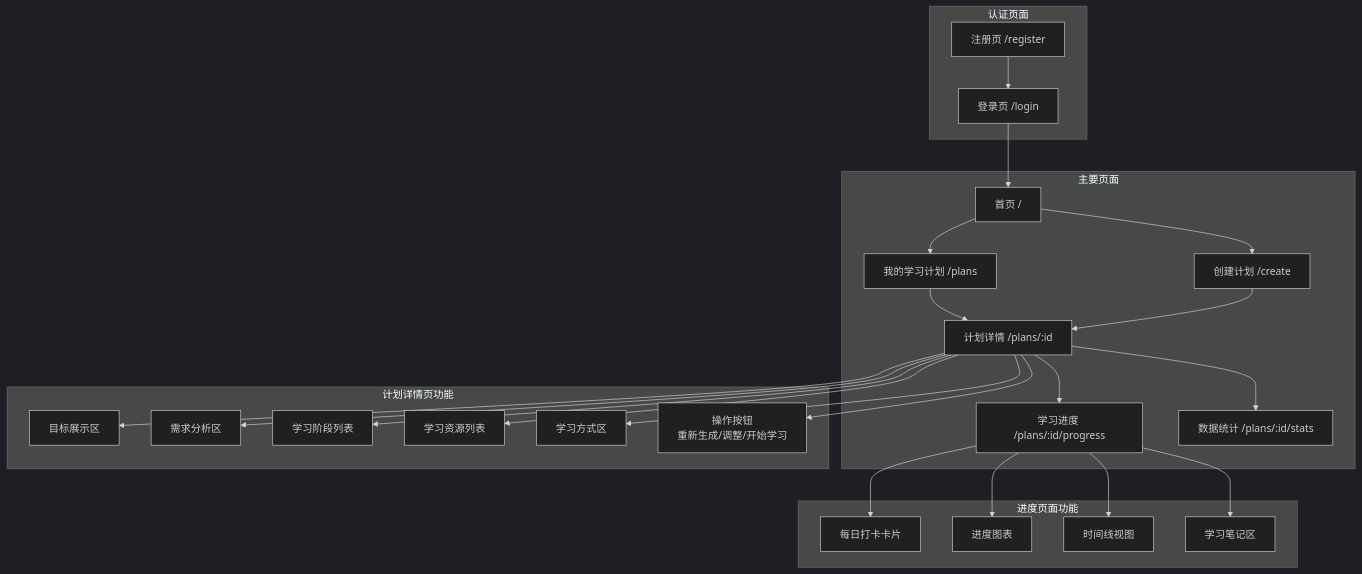
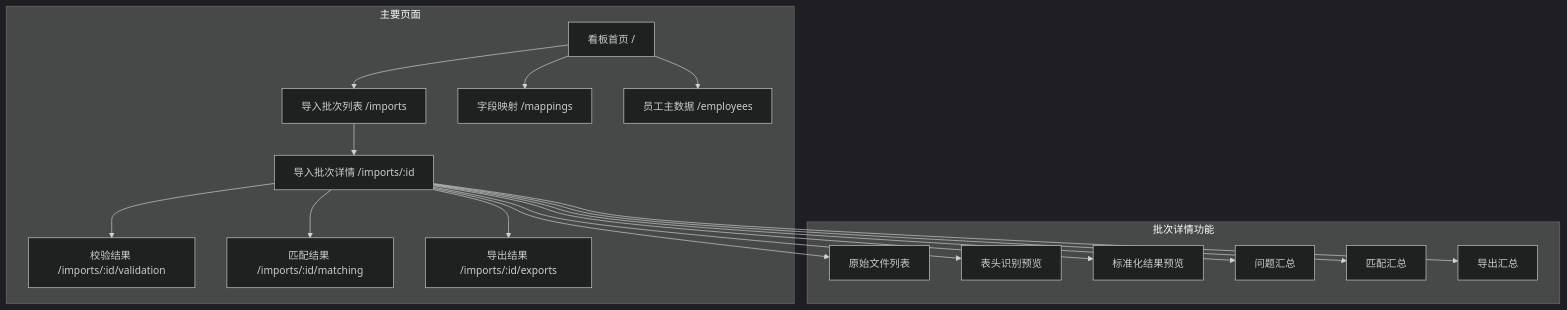
One commit to AAON66/5xyj changed the fifth of 5 diagrams in .claude/architecture.md. Above: the diagram before and after it, drawn with Mermaid (dark theme). The commit also changed other lines of this file and 55 other files, not shown here.

````diff
--- a/.claude/architecture.md
+++ b/.claude/architecture.md
@@ -290,53 +316,37 @@
 ```mermaid
 graph TB
-    subgraph Auth["认证页面"]
-        LoginPage[登录页 /login]
-        RegisterPage[注册页 /register]
+    subgraph Main["主要页面"]
+        Dashboard[看板首页 /]
+        Imports[导入批次列表 /imports]
+        ImportDetail[导入批次详情 /imports/:id]
+        Validation[校验结果 /imports/:id/validation]
+        Matching[匹配结果 /imports/:id/matching]
+        Exports[导出结果 /imports/:id/exports]
+        Mappings[字段映射 /mappings]
+        Employees[员工主数据 /employees]
     end
 
-    subgraph Main["主要页面"]
-        HomePage[首页 /]
-        PlansPage[我的学习计划 /plans]
-        CreatePage[创建计划 /create]
-        DetailPage[计划详情 /plans/:id]
-        ProgressPage[学习进度 /plans/:id/progress]
-        StatsPage[数据统计 /plans/:id/stats]
+    subgraph ImportDetailSections["批次详情功能"]
+        RawFiles[原始文件列表]
+        HeaderPreview[表头识别预览]
+        NormalizePreview[标准化结果预览]
+        IssueSummary[问题汇总]
+        MatchSummary[匹配汇总]
+        ExportSummary[导出汇总]
     end
 
-    subgraph DetailFeatures["计划详情页功能"]
-        GoalSection[目标展示区]
-        AnalysisSection[需求分析区]
-        StagesList[学习阶段列表]
-        ResourcesList[学习资源列表]
-        MethodsSection[学习方式区]
-        Actions[操作按钮<br/>重新生成/调整/开始学习]
-    end
+    Dashboard --> Imports
+    Imports --> ImportDetail
+    ImportDetail --> Validation
+    ImportDetail --> Matching
+    ImportDetail --> Exports
+    Dashboard --> Mappings
+    Dashboard --> Employees
 
-    subgraph ProgressFeatures["进度页面功能"]
-        CheckInCard[每日打卡卡片]
-        ProgressChart[进度图表]
-        TimelineView[时间线视图]
-        NotesSection[学习笔记区]
-    end
-
-    HomePage --> CreatePage
-    HomePage --> PlansPage
-    LoginPage --> HomePage
-    RegisterPage --> LoginPage
-    PlansPage --> DetailPage
-    CreatePage --> DetailPage
-    DetailPage --> ProgressPage
-    DetailPage --> StatsPage
-
-    DetailPage --> GoalSection
-    DetailPage --> AnalysisSection
-    DetailPage --> StagesList
-    DetailPage --> ResourcesList
-    DetailPage --> MethodsSection
-    DetailPage --> Actions
-
-    ProgressPage --> CheckInCard
-    ProgressPage --> ProgressChart
-    ProgressPage --> TimelineView
-    ProgressPage --> NotesSection
+    ImportDetail --> RawFiles
+    ImportDetail --> HeaderPreview
+    ImportDetail --> NormalizePreview
+    ImportDetail --> IssueSummary
+    ImportDetail --> MatchSummary
+    ImportDetail --> ExportSummary
 ```
````
